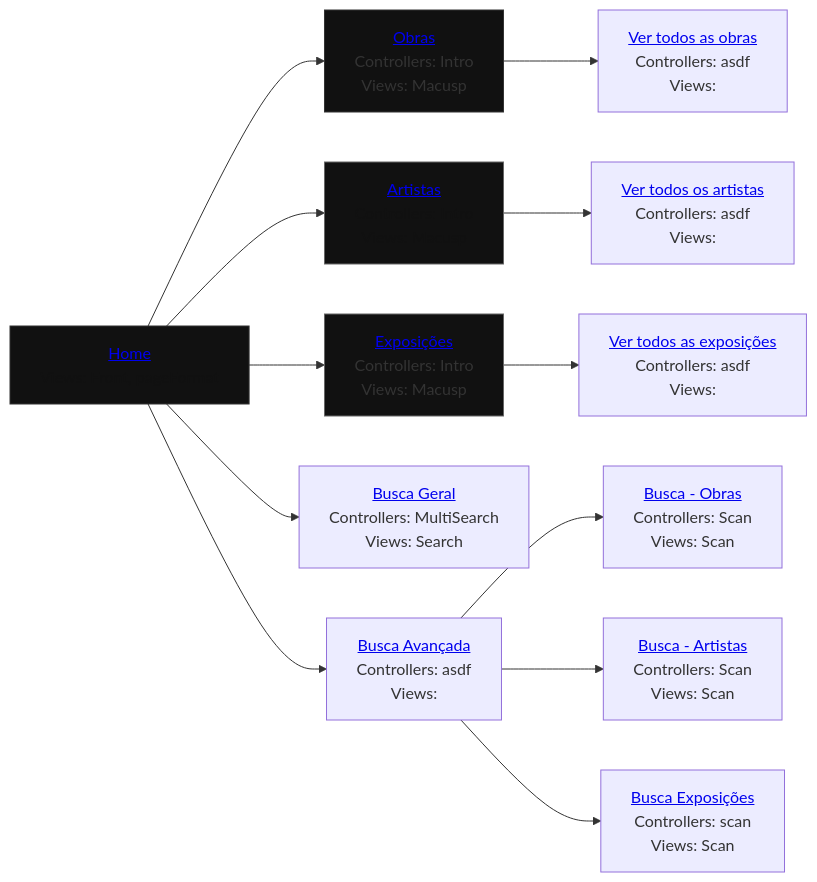
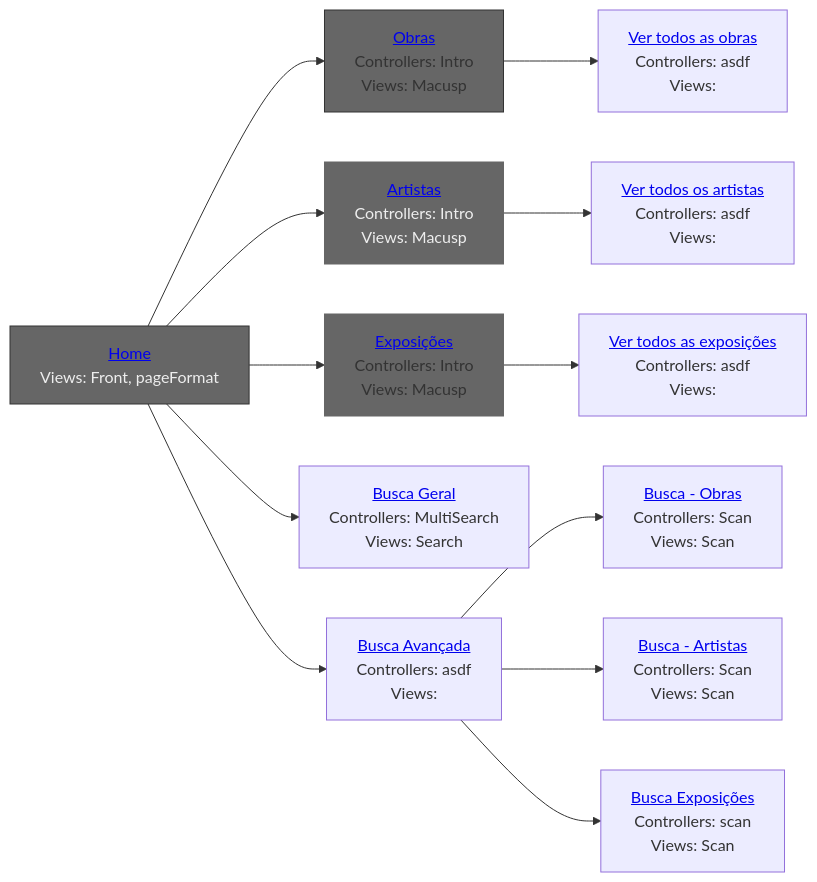
One commit to reynaldocv/macusp changed the diagram in README.md. Above: the diagram before and after it, drawn with Mermaid.

````diff
--- a/README.md
+++ b/README.md
@@ -249,36 +249,36 @@
 ```mermaid
 graph LR
     %% Parte superior e inferior del primer puesto
     home["           <a href='http://143.107.130.173/admacervo/macusp/index.php'> Home </a> <br> Views: Front, pageFormat"]
     works["          <a href='http://143.107.130.173/admacervo/macusp/index.php/Intro/works'>Obras</a>      <br> Controllers: Intro <br> Views: Macusp"]
     artists["        <a href='http://143.107.130.173/admacervo/macusp/index.php/Intro/artists'>Artistas</a>  <br> Controllers: Intro <br> Views: Macusp"]
     exhibitions["    <a href='http://143.107.130.173/admacervo/macusp/index.php/Intro/exhibitions'>Exposições</a> <br> Controllers: Intro <br> Views: Macusp"]
     search["         <a href='https://link.com'> Busca Geral </a> <br>  Controllers: MultiSearch <br>  Views: Search "]
     advancedSearch[" <a href='https://link.com'> Busca Avançada</a> <br>  Controllers: </strong> asdf <br>  Views: "]
     viewWorks[" <a href='https://link.com'> Ver todos as obras</a> <br>  Controllers: </strong> asdf <br>  Views: "]
     viewArtists[" <a href='https://link.com'> Ver todos os artistas</a> <br>  Controllers: </strong> asdf <br>  Views: "]
     viewExhibitions[" <a href='https://link.com'> Ver todos as exposições</a> <br>  Controllers: </strong> asdf <br>  Views: "]
     asWorks["<a href='http://143.107.130.173/admacervo/macusp/index.php/Scan/advanced/works'> Busca - Obras</a> <br>  Controllers: Scan <br> Views: Scan"]
     asArtists["<a href='http://143.107.130.173/admacervo/macusp/index.php/Scan/advanced/artists'> Busca - Artistas</a> <br>  Controllers: Scan <br> Views: Scan "]
     asExhibitions["<a href='http://143.107.130.173/admacervo/macusp/index.php/Scan/advanced/exhibitions'> Busca Exposições </a> <br> Controllers: scan <br>  Views: Scan  "]
     
     %% Conexión del organigrama (une la parte inferior de uno con la superior del otro)
     home --> works
     home --> artists
     home --> exhibitions
     home --> search
     home --> advancedSearch
     works --> viewWorks
     artists --> viewArtists    
     exhibitions --> viewExhibitions
     advancedSearch --> asWorks
     advancedSearch --> asArtists
     advancedSearch --> asExhibitions
 
 
     %% Estilos para que parezcan una sola pieza
-    style home fill:#111,stroke:#333,color:#111
-    style works fill:#111,stroke:#333
-    style artists fill:#111,stroke:#666,color:#111
-    style exhibitions fill:#111,stroke:#666
+    style home fill:#666,stroke:#333,color:#eee
+    style works fill:#666,stroke:#333
+    style artists fill:#666,stroke:#666,color:#eee
+    style exhibitions fill:#666,stroke:#666
 ```
````
